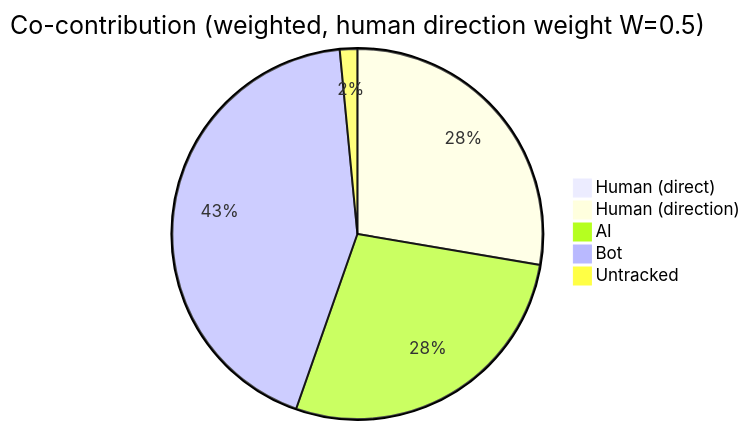
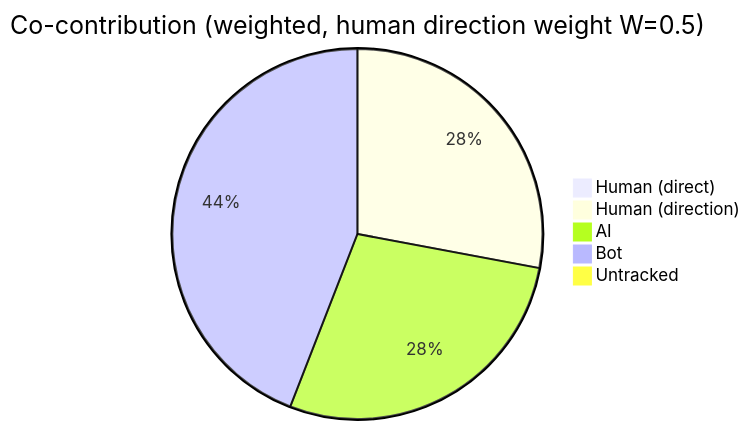
The first of 4 diagrams in AI-AUTHORSHIP.md (CaliMark/ai-authorship), drawn with Mermaid before and after one commit. The commit also changed other lines of this file and 1 other file, not shown here.

````diff
--- a/AI-AUTHORSHIP.md
+++ b/AI-AUTHORSHIP.md
@@ -23,8 +23,8 @@
 ```mermaid
 pie title Co-contribution (weighted, human direction weight W=0.5)
     "Human (direct)" : 0
-    "Human (direction)" : 1452
-    "AI" : 1453
-    "Bot" : 2262
-    "Untracked" : 80
+    "Human (direction)" : 1484
+    "AI" : 1484
+    "Bot" : 2341
+    "Untracked" : 1
 ```
````
